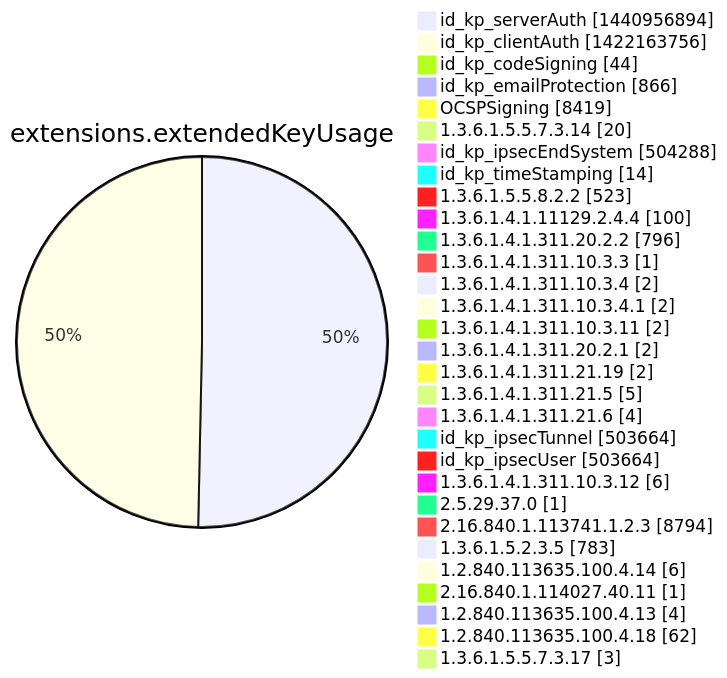
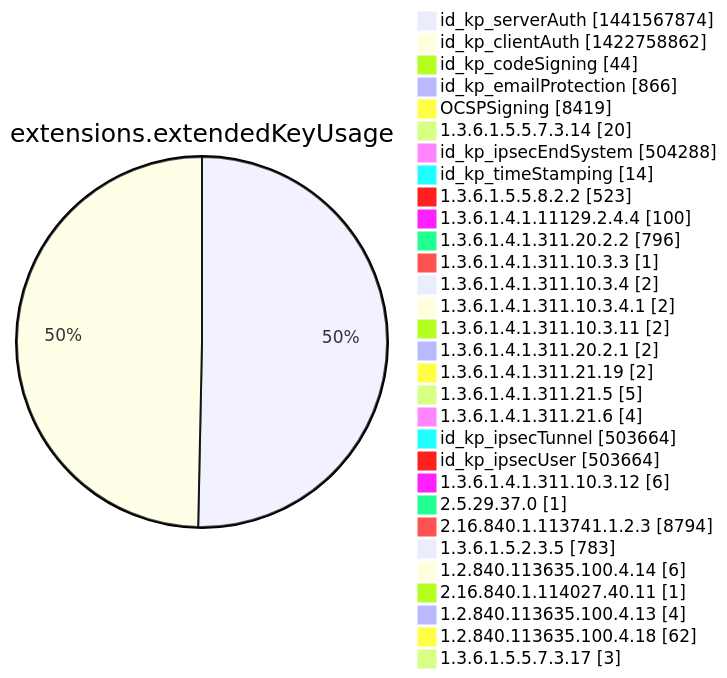
Diagram 12 of 15 in argon2022/README.md (christiankrug/ctmonitor_visualization), drawn with Mermaid before and after one commit. The commit also changed other lines of this file, not shown here.

````diff
--- a/argon2022/README.md
+++ b/argon2022/README.md
@@ -3555,34 +3555,34 @@
 ```mermaid
 pie showData
 title extensions.extendedKeyUsage
-"id_kp_serverAuth" :1440956894
-"id_kp_clientAuth" :1422163756
+"id_kp_serverAuth" :1441567874
+"id_kp_clientAuth" :1422758862
 "id_kp_codeSigning" :44
 "id_kp_emailProtection" :866
 "OCSPSigning" :8419
 "1.3.6.1.5.5.7.3.14" :20
 "id_kp_ipsecEndSystem" :504288
 "id_kp_timeStamping" :14
 "1.3.6.1.5.5.8.2.2" :523
 "1.3.6.1.4.1.11129.2.4.4" :100
 "1.3.6.1.4.1.311.20.2.2" :796
 "1.3.6.1.4.1.311.10.3.3" :1
 "1.3.6.1.4.1.311.10.3.4" :2
 "1.3.6.1.4.1.311.10.3.4.1" :2
 "1.3.6.1.4.1.311.10.3.11" :2
 "1.3.6.1.4.1.311.20.2.1" :2
 "1.3.6.1.4.1.311.21.19" :2
 "1.3.6.1.4.1.311.21.5" :5
 "1.3.6.1.4.1.311.21.6" :4
 "id_kp_ipsecTunnel" :503664
 "id_kp_ipsecUser" :503664
 "1.3.6.1.4.1.311.10.3.12" :6
 "2.5.29.37.0" :1
 "2.16.840.1.113741.1.2.3" :8794
 "1.3.6.1.5.2.3.5" :783
 "1.2.840.113635.100.4.14" :6
 "2.16.840.1.114027.40.11" :1
 "1.2.840.113635.100.4.13" :4
 "1.2.840.113635.100.4.18" :62
 "1.3.6.1.5.5.7.3.17" :3
 ```
````
